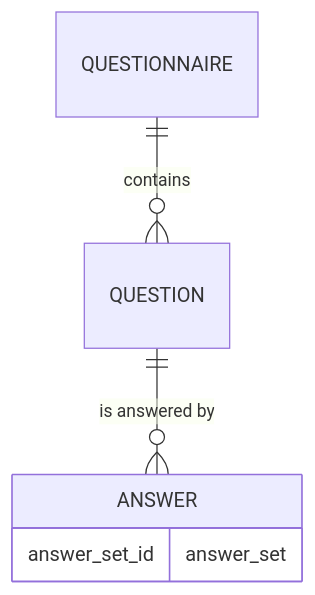
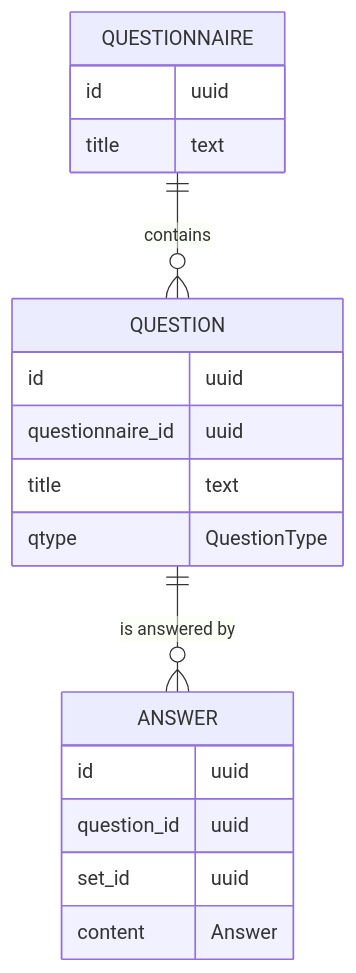
The diagram in material/persistence.md (tweag/haskell-training), drawn with Mermaid before and after one commit. The commit also changed other lines of this file and 2 other files, not shown here.

````diff
--- a/material/persistence.md
+++ b/material/persistence.md
@@ -23,6 +29,21 @@
 ```mermaid
 erDiagram
   QUESTIONNAIRE ||--o{ QUESTION : contains
   QUESTION ||--o{ ANSWER : "is answered by"
-  ANSWER {answer_set_id answer_set}
+  QUESTIONNAIRE {
+    id   uuid
+    title text
+  }
+  QUESTION {
+    id               uuid
+    questionnaire_id uuid
+    title            text
+    qtype            QuestionType
+  }
+  ANSWER {
+    id          uuid
+    question_id uuid
+    set_id      uuid
+    content     Answer
+  }
 ```
````
